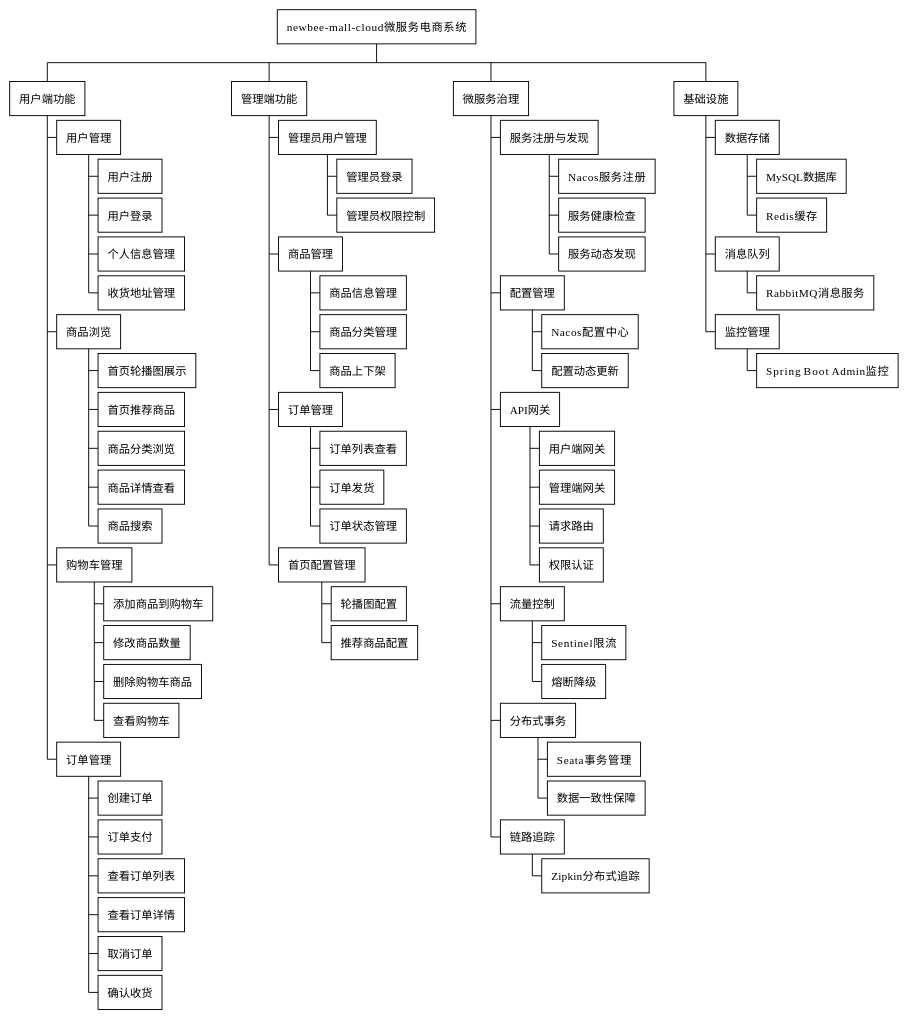
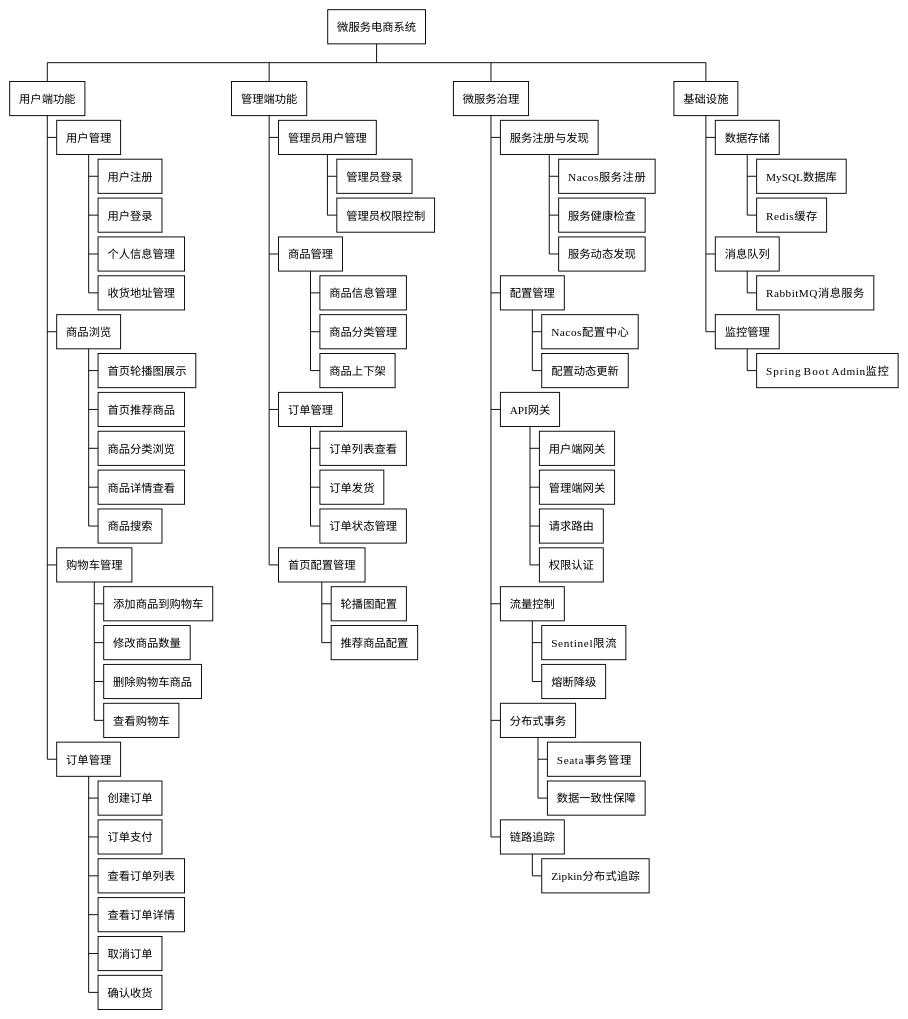
The diagram in projects/mall/paper/assets/plantuml/system-function-wbs.puml (jiongQAQ/promptx_tools), drawn with PlantUML before and after one commit. The commit also changed 11 other files, not shown here.

```diff
--- a/projects/mall/paper/assets/plantuml/system-function-wbs.puml
+++ b/projects/mall/paper/assets/plantuml/system-function-wbs.puml
@@ -1,80 +1,80 @@
 @startwbs 系统功能架构图
 !theme plain
 skinparam wbs {
   BackgroundColor white
   BorderColor black
   FontName Microsoft YaHei
   FontSize 11
 }
 
-* newbee-mall-cloud微服务电商系统
+* 微服务电商系统
 ** 用户端功能
 *** 用户管理
 **** 用户注册
 **** 用户登录
 **** 个人信息管理
 **** 收货地址管理
 *** 商品浏览
 **** 首页轮播图展示
 **** 首页推荐商品
 **** 商品分类浏览
 **** 商品详情查看
 **** 商品搜索
 *** 购物车管理
 **** 添加商品到购物车
 **** 修改商品数量
 **** 删除购物车商品
 **** 查看购物车
 *** 订单管理
 **** 创建订单
 **** 订单支付
 **** 查看订单列表
 **** 查看订单详情
 **** 取消订单
 **** 确认收货
 ** 管理端功能
 *** 管理员用户管理
 **** 管理员登录
 **** 管理员权限控制
 *** 商品管理
 **** 商品信息管理
 **** 商品分类管理
 **** 商品上下架
 *** 订单管理
 **** 订单列表查看
 **** 订单发货
 **** 订单状态管理
 *** 首页配置管理
 **** 轮播图配置
 **** 推荐商品配置
 ** 微服务治理
 *** 服务注册与发现
 **** Nacos服务注册
 **** 服务健康检查
 **** 服务动态发现
 *** 配置管理
 **** Nacos配置中心
 **** 配置动态更新
 *** API网关
 **** 用户端网关
 **** 管理端网关
 **** 请求路由
 **** 权限认证
 *** 流量控制
 **** Sentinel限流
 **** 熔断降级
 *** 分布式事务
 **** Seata事务管理
 **** 数据一致性保障
 *** 链路追踪
 **** Zipkin分布式追踪
 ** 基础设施
 *** 数据存储
 **** MySQL数据库
 **** Redis缓存
 *** 消息队列
 **** RabbitMQ消息服务
 *** 监控管理
 **** Spring Boot Admin监控
 
 @endwbs
```
